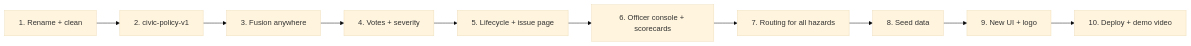
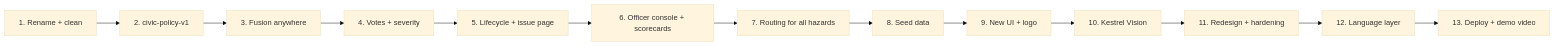
Before and after one commit to 4-thkind/Kestrel: diagram 14 of 15 in README.md, drawn with Mermaid (base theme). The commit also changed other lines of this file, not shown here.

````diff
--- a/README.md
+++ b/README.md
@@ -824,6 +838,6 @@
 ```mermaid
 flowchart LR
   P1["1. Rename + clean"] --> P2["2. civic-policy-v1"] --> P3["3. Fusion anywhere"] --> P4["4. Votes + severity"]
   P4 --> P5["5. Lifecycle + issue page"] --> P6["6. Officer console + scorecards"] --> P7["7. Routing for all hazards"]
-  P7 --> P8["8. Seed data"] --> P9["9. New UI + logo"] --> P10["10. Deploy + demo video"]
+  P7 --> P8["8. Seed data"] --> P9["9. New UI + logo"] --> P10["10. Kestrel Vision"] --> P11["11. Redesign + hardening"] --> P12["12. Language layer"] --> P13["13. Deploy + demo video"]
 ```
````
